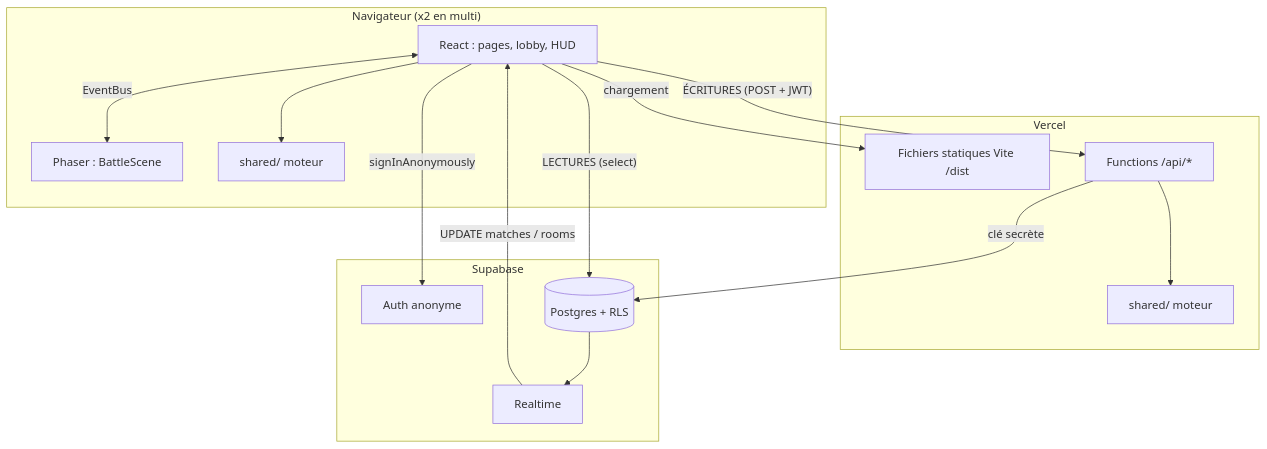
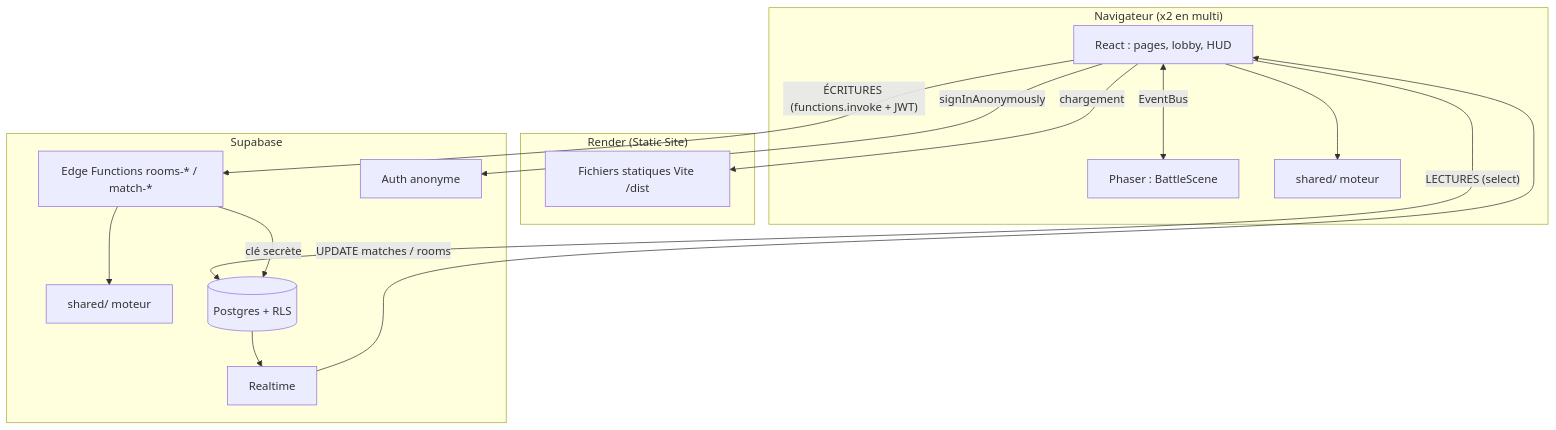
Before and after one commit to kifuj/Dark-Dungeon-Fantasy-Boss-Battle: the diagram in docs/02-ARCHITECTURE.md, drawn with Mermaid. The commit also changed other lines of this file and 17 other files, not shown here.

First line of the commit message:
Migration de l'hébergement de Vercel vers Render

````diff
--- a/docs/02-ARCHITECTURE.md
+++ b/docs/02-ARCHITECTURE.md
@@ -19,31 +20,31 @@
 ```mermaid
 flowchart TB
   subgraph Navigateur["Navigateur (x2 en multi)"]
     R[React : pages, lobby, HUD]
     P[Phaser : BattleScene]
     SH1[shared/ moteur]
     R <-- EventBus --> P
     R --> SH1
   end
 
-  subgraph Vercel
+  subgraph Render["Render (Static Site)"]
     ST[Fichiers statiques Vite /dist]
-    API[Functions /api/*]
-    SH2[shared/ moteur]
-    API --> SH2
   end
 
   subgraph Supabase
+    API[Edge Functions rooms-* / match-*]
+    SH2[shared/ moteur]
+    API --> SH2
     AUTH[Auth anonyme]
     DB[(Postgres + RLS)]
     RT[Realtime]
     DB --> RT
   end
 
   R -- "chargement" --> ST
   R -- "LECTURES (select)" --> DB
-  R -- "ÉCRITURES (POST + JWT)" --> API
+  R -- "ÉCRITURES (functions.invoke + JWT)" --> API
   API -- "clé secrète" --> DB
   RT -- "UPDATE matches / rooms" --> R
   R -- "signInAnonymously" --> AUTH
 ```
````
